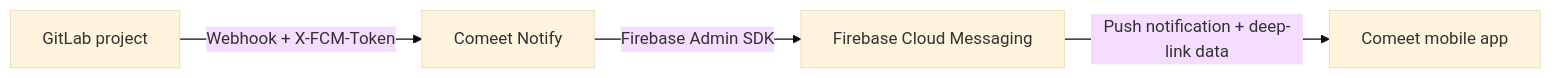
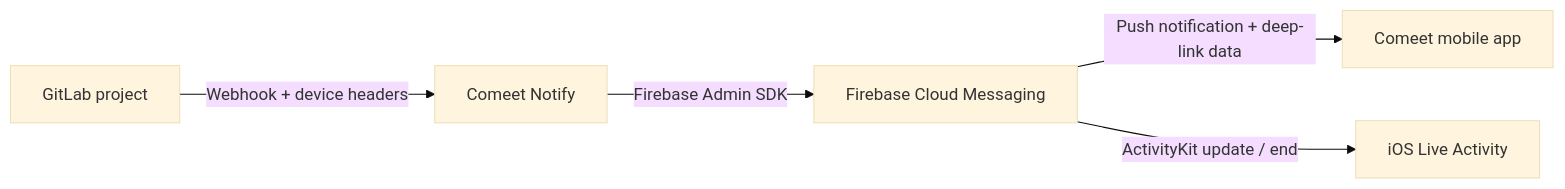
The diagram in README.md (monokaijs/comeet-notify), drawn with Mermaid (base theme) before and after one commit. The commit also changed other lines of this file and 10 other files, not shown here.

Commit message:
feat: deliver pipeline live activity updates

````diff
--- a/README.md
+++ b/README.md
@@ -7,6 +8,7 @@
 ```mermaid
 flowchart LR
-    GitLab["GitLab project"] -->|"Webhook + X-FCM-Token"| Relay["Comeet Notify"]
+    GitLab["GitLab project"] -->|"Webhook + device headers"| Relay["Comeet Notify"]
     Relay -->|"Firebase Admin SDK"| FCM["Firebase Cloud Messaging"]
     FCM -->|"Push notification + deep-link data"| App["Comeet mobile app"]
+    FCM -->|"ActivityKit update / end"| Activity["iOS Live Activity"]
 ```
````
